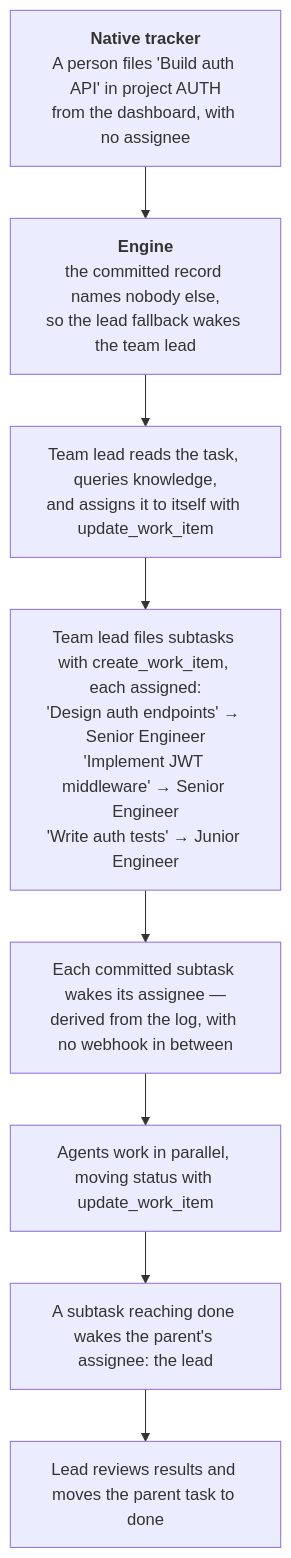
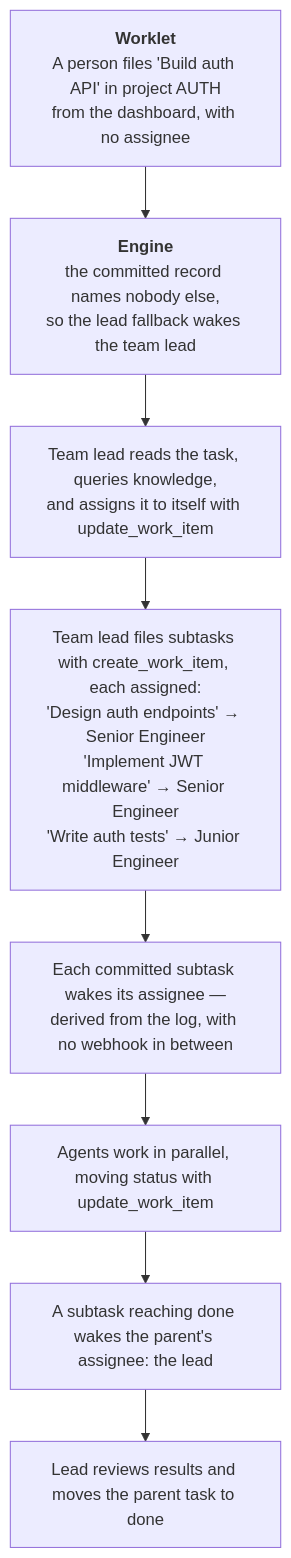
Before and after one commit to crewlet/crewlet: the third of 5 diagrams in docs/concepts/task-engine.md, drawn with Mermaid. The commit also changed other lines of this file and 55 other files, not shown here.

First line of the commit message:
docs(docs): name the tracker Worklet and the knowledge base Doclet

````diff
--- a/docs/concepts/task-engine.md
+++ b/docs/concepts/task-engine.md
@@ -290,12 +291,12 @@
 ```mermaid
 flowchart TD
-    NEW["<b>Native tracker</b><br/>A person files 'Build auth API' in project AUTH<br/>from the dashboard, with no assignee"]
+    NEW["<b>Worklet</b><br/>A person files 'Build auth API' in project AUTH<br/>from the dashboard, with no assignee"]
     FEED["<b>Engine</b><br/>the committed record names nobody else,<br/>so the lead fallback wakes the team lead"]
     TAKE["Team lead reads the task, queries knowledge,<br/>and assigns it to itself with update_work_item"]
     SUB["Team lead files subtasks with create_work_item, each assigned:<br/>'Design auth endpoints' → Senior Engineer<br/>'Implement JWT middleware' → Senior Engineer<br/>'Write auth tests' → Junior Engineer"]
     WAKE["Each committed subtask wakes its assignee —<br/>derived from the log, with no webhook in between"]
     WORK["Agents work in parallel, moving status with update_work_item"]
     DONE["A subtask reaching done wakes the parent's assignee: the lead"]
     REVIEW["Lead reviews results and moves the parent task to done"]
     NEW --> FEED --> TAKE --> SUB --> WAKE --> WORK --> DONE --> REVIEW
 ```
````
